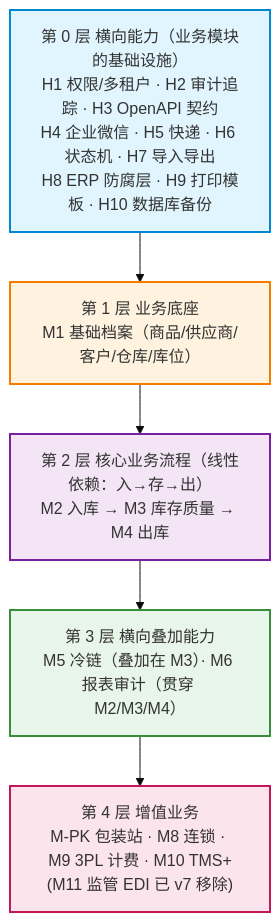
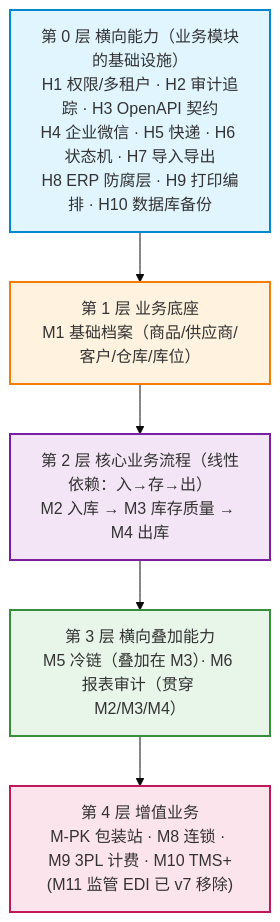
The second of 2 diagrams in docs/architecture-dependencies.md (births3/wms), drawn with Mermaid (base theme) before and after one commit. The commit also changed other lines of this file and 11 other files, not shown here.

````diff
--- a/docs/architecture-dependencies.md
+++ b/docs/architecture-dependencies.md
@@ -200,22 +200,22 @@
     ```mermaid
     flowchart TD
-        L0["第 0 层 横向能力（业务模块的基础设施）<br/>H1 权限/多租户 · H2 审计追踪 · H3 OpenAPI 契约<br/>H4 企业微信 · H5 快递 · H6 状态机 · H7 导入导出<br/>H8 ERP 防腐层 · H9 打印模板 · H10 数据库备份"]
+        L0["第 0 层 横向能力（业务模块的基础设施）<br/>H1 权限/多租户 · H2 审计追踪 · H3 OpenAPI 契约<br/>H4 企业微信 · H5 快递 · H6 状态机 · H7 导入导出<br/>H8 ERP 防腐层 · H9 打印编排 · H10 数据库备份"]
         L1["第 1 层 业务底座<br/>M1 基础档案（商品/供应商/客户/仓库/库位）"]
         L2["第 2 层 核心业务流程（线性依赖：入→存→出）<br/>M2 入库 → M3 库存质量 → M4 出库"]
         L3["第 3 层 横向叠加能力<br/>M5 冷链（叠加在 M3）· M6 报表审计（贯穿 M2/M3/M4）"]
         L4["第 4 层 增值业务<br/>M-PK 包装站 · M8 连锁 · M9 3PL 计费 · M10 TMS+<br/>(M11 监管 EDI 已 v7 移除)"]
         L0 --> L1
         L1 --> L2
         L2 --> L3
         L3 --> L4
         classDef horizLayer fill:#e1f5ff,stroke:#0288d1,stroke-width:2px
         classDef baseLayer fill:#fff3e0,stroke:#f57c00,stroke-width:2px
         classDef coreLayer fill:#f3e5f5,stroke:#7b1fa2,stroke-width:2px
         classDef crossLayer fill:#e8f5e9,stroke:#388e3c,stroke-width:2px
         classDef valueLayer fill:#fce4ec,stroke:#c2185b,stroke-width:2px
         class L0 horizLayer
         class L1 baseLayer
         class L2 coreLayer
         class L3 crossLayer
         class L4 valueLayer
     ```
````
